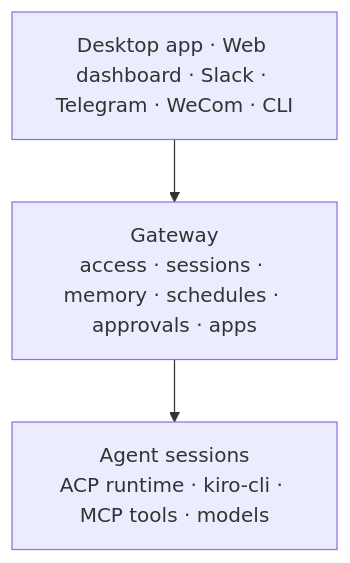
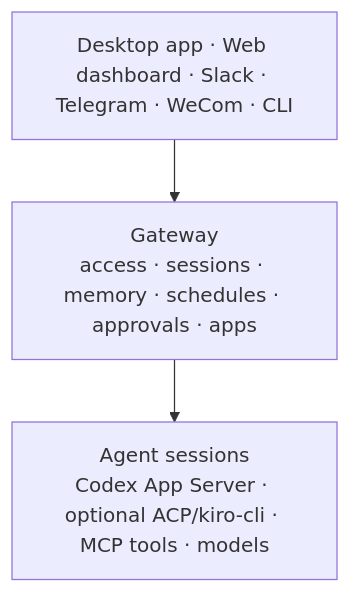
The diagram in README.md (serejaris/KiroCrew-Codex), drawn with Mermaid before and after one commit. The commit also changed other lines of this file, not shown here.

First line of the commit message:
docs: make runtime architecture provider-aware

````diff
--- a/README.md
+++ b/README.md
@@ -127,7 +127,7 @@
 ```mermaid
 flowchart TD
     S["Desktop app · Web dashboard · Slack · Telegram · WeCom · CLI"]
     G["Gateway<br/>access · sessions · memory · schedules · approvals · apps"]
-    A["Agent sessions<br/>ACP runtime · kiro-cli · MCP tools · models"]
+    A["Agent sessions<br/>Codex App Server · optional ACP/kiro-cli · MCP tools · models"]
     S --> G --> A
 ```
````
